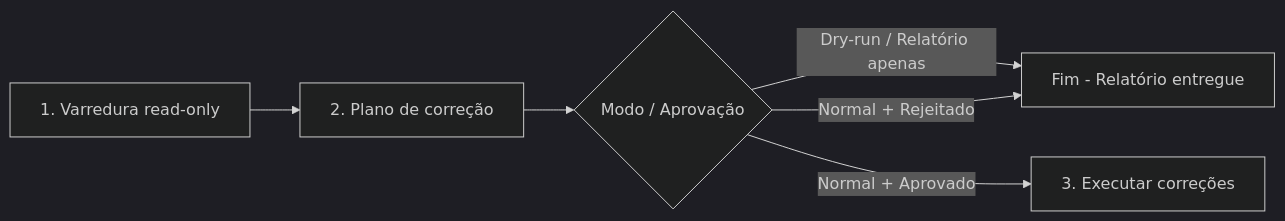
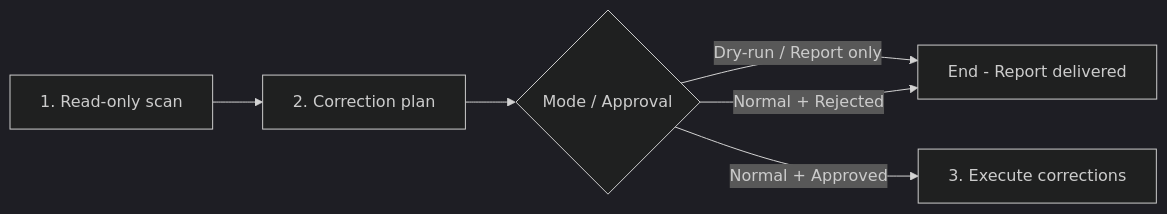
Before and after one commit to jpolvora/workflow-skills: the first of 2 diagrams in .agents/skills/check-harness.md, drawn with Mermaid (dark theme). The commit also changed other lines of this file and 52 other files, not shown here.

````diff
--- a/.agents/skills/check-harness.md
+++ b/.agents/skills/check-harness.md
@@ -39,8 +41,8 @@
 ```mermaid
 flowchart LR
-  V[1. Varredura read-only] --> P[2. Plano de correção]
-  P --> A{Modo / Aprovação}
-  A -->|Dry-run / Relatório apenas| F[Fim - Relatório entregue]
-  A -->|Normal + Aprovado| E[3. Executar correções]
-  A -->|Normal + Rejeitado| F
+  V[1. Read-only scan] --> P[2. Correction plan]
+  P --> A{Mode / Approval}
+  A -->|Dry-run / Report only| F[End - Report delivered]
+  A -->|Normal + Approved| E[3. Execute corrections]
+  A -->|Normal + Rejected| F
 ```
````
